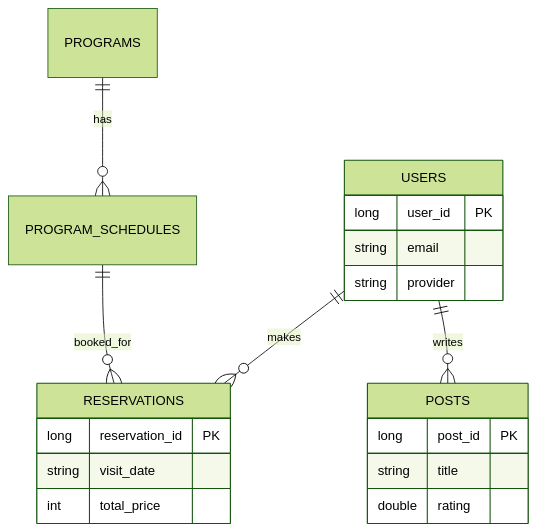
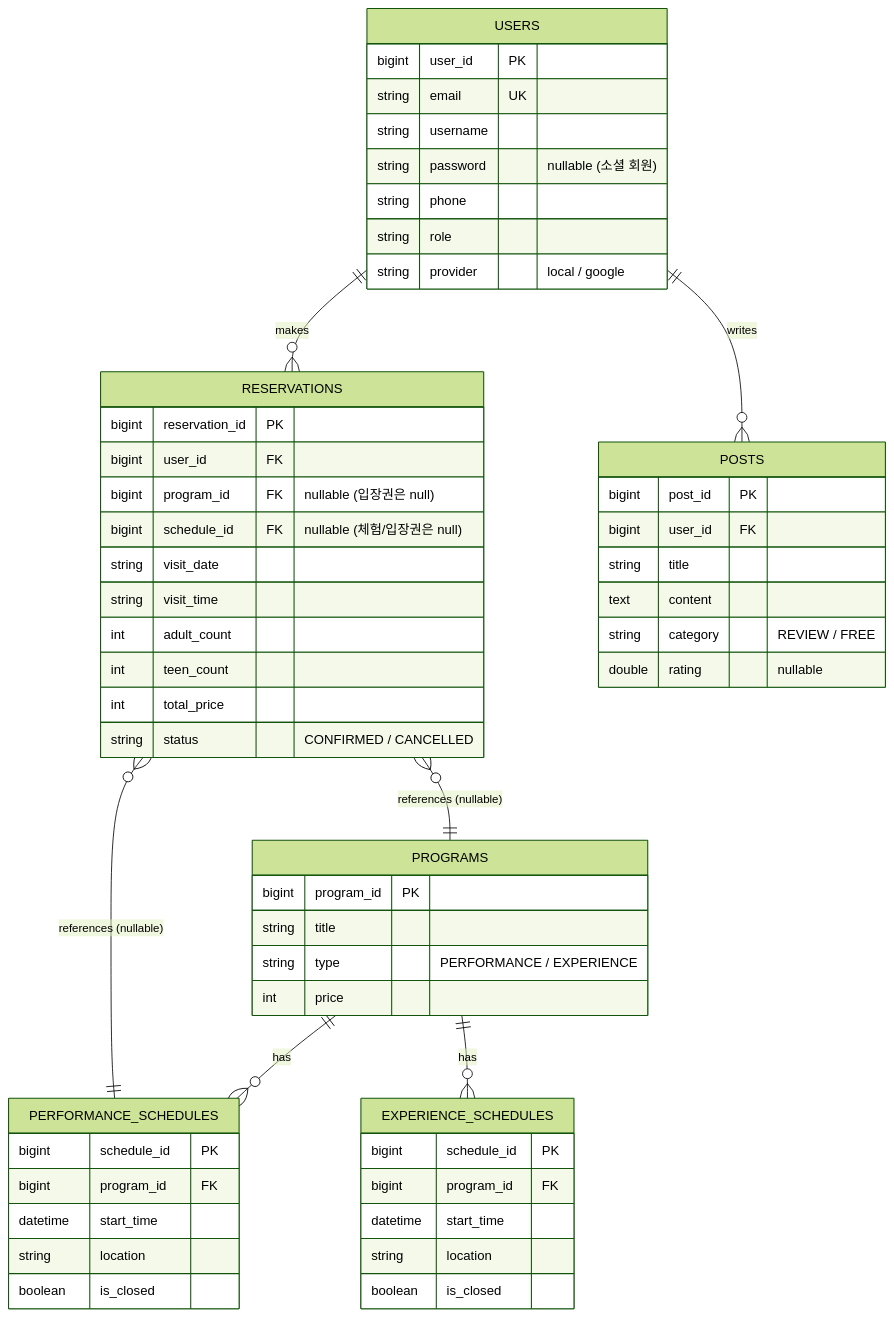
Before and after one commit to kitpractice703/aquarium: the second of 2 diagrams in README.md, drawn with Mermaid (forest theme). The commit also changed other lines of this file and 77 other files, not shown here.

````diff
--- a/README.md
+++ b/README.md
@@ -78,24 +71,64 @@
 ```mermaid
 erDiagram
     USERS ||--o{ RESERVATIONS : makes
     USERS ||--o{ POSTS : writes
-    PROGRAMS ||--o{ PROGRAM_SCHEDULES : has
-    PROGRAM_SCHEDULES ||--o{ RESERVATIONS : booked_for
+    PROGRAMS ||--o{ PERFORMANCE_SCHEDULES : has
+    PROGRAMS ||--o{ EXPERIENCE_SCHEDULES : has
+    RESERVATIONS }o--|| PROGRAMS : "references (nullable)"
+    RESERVATIONS }o--|| PERFORMANCE_SCHEDULES : "references (nullable)"
 
     USERS {
-        long user_id PK
-        string email
-        string provider
-    }
-    RESERVATIONS {
-        long reservation_id PK
-        string visit_date
-        int total_price
-    }
-    POSTS {
-        long post_id PK
-        string title
-        double rating
+        bigint user_id PK
+        string email UK
+        string username
+        string password "nullable (소셜 회원)"
+        string phone
+        string role
+        string provider "local / google"
     }
 
+    PROGRAMS {
+        bigint program_id PK
+        string title
+        string type "PERFORMANCE / EXPERIENCE"
+        int price
+    }
+
+    RESERVATIONS {
+        bigint reservation_id PK
+        bigint user_id FK
+        bigint program_id FK "nullable (입장권은 null)"
+        bigint schedule_id FK "nullable (체험/입장권은 null)"
+        string visit_date
+        string visit_time
+        int adult_count
+        int teen_count
+        int total_price
+        string status "CONFIRMED / CANCELLED"
+    }
+
+    POSTS {
+        bigint post_id PK
+        bigint user_id FK
+        string title
+        text content
+        string category "REVIEW / FREE"
+        double rating "nullable"
+    }
+
+    PERFORMANCE_SCHEDULES {
+        bigint schedule_id PK
+        bigint program_id FK
+        datetime start_time
+        string location
+        boolean is_closed
+    }
+
+    EXPERIENCE_SCHEDULES {
+        bigint schedule_id PK
+        bigint program_id FK
+        datetime start_time
+        string location
+        boolean is_closed
+    }
 ```
````
